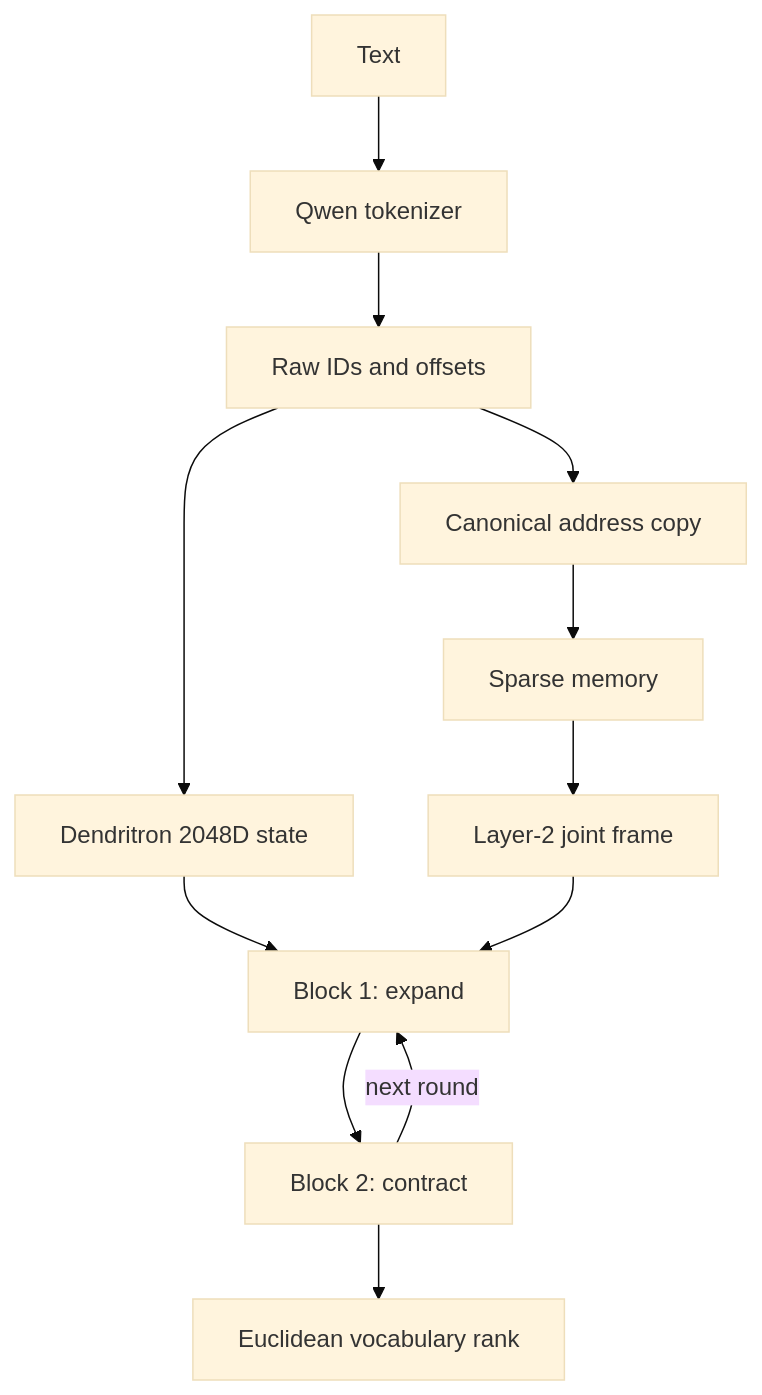
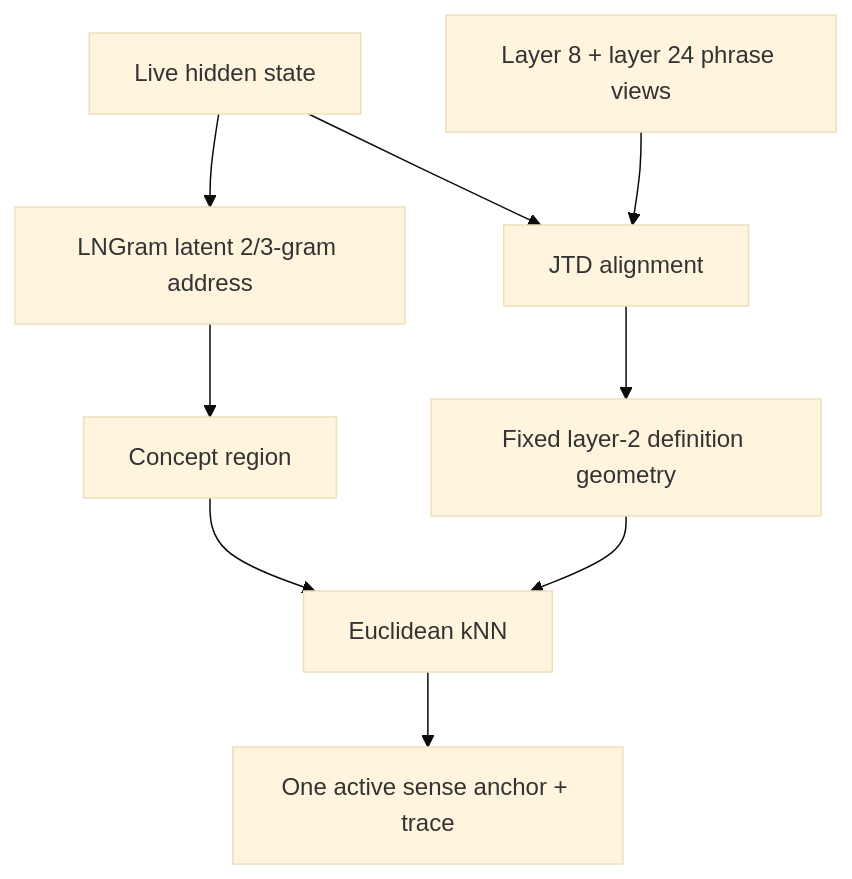
The second of 3 diagrams in README.md (Carson1391/Dendritron-recurrent-engram), drawn with Mermaid (base theme) before and after one commit. The commit also changed other lines of this file and 2 other files, not shown here.

Commit message:
Clarify two-table Engram architecture

````diff
--- a/README.md
+++ b/README.md
@@ -74,14 +210,11 @@
 ```mermaid
 flowchart TD
-    A["Text"] --> B["Qwen tokenizer"]
-    B --> C["Raw IDs and offsets"]
-    C --> D["Dendritron 2048D state"]
-    C --> E["Canonical address copy"]
-    E --> F["Sparse memory"]
-    F --> G["Layer-2 joint frame"]
-    D --> H["Block 1: expand"]
-    G --> H
-    H --> I["Block 2: contract"]
-    I -->|"next round"| H
-    I --> J["Euclidean vocabulary rank"]
+    A[Live hidden state] --> B[LNGram latent 2/3-gram address]
+    B --> C[Concept region]
+    D[Layer 8 + layer 24 phrase views] --> E[JTD alignment]
+    A --> E
+    E --> F[Fixed layer-2 definition geometry]
+    C --> G[Euclidean kNN]
+    F --> G
+    G --> H[One active sense anchor + trace]
 ```
````
